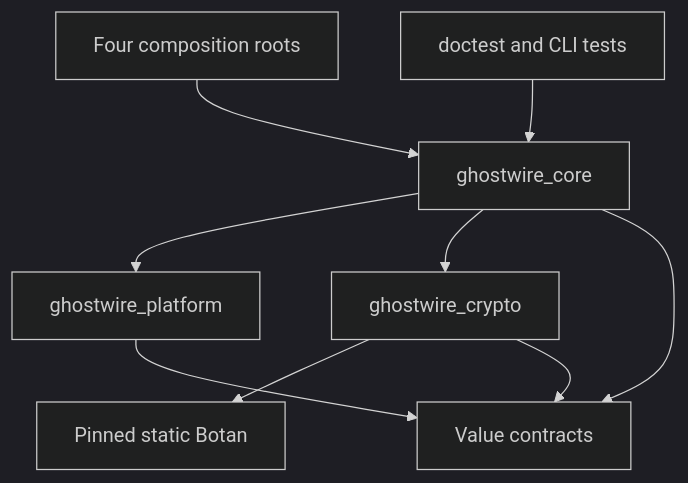
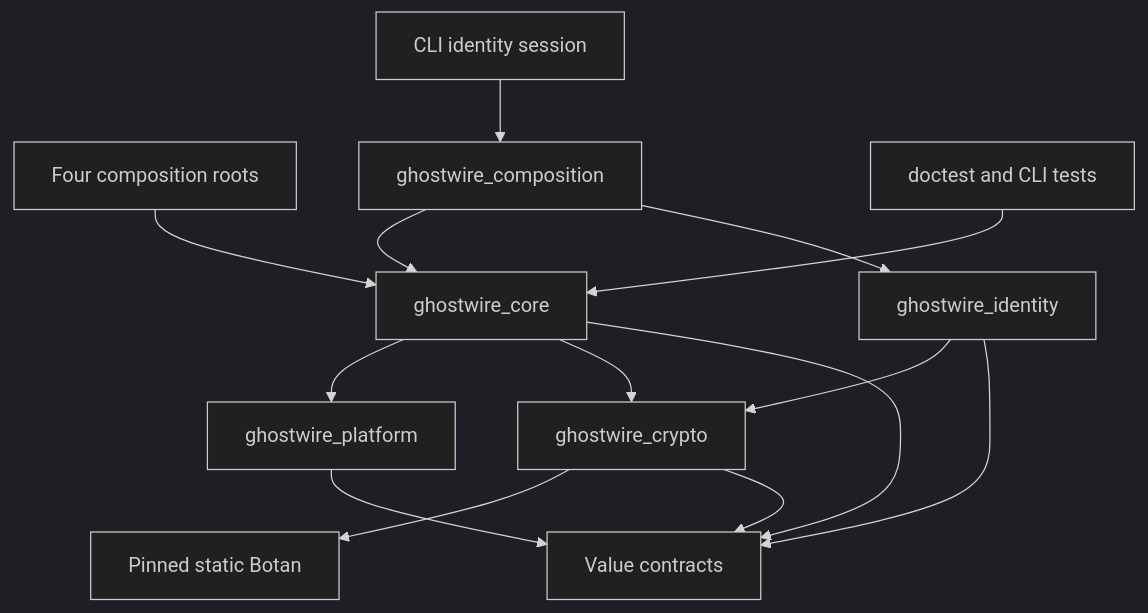
One commit to Johnaconda/GhostWire changed the diagram in docs/architecture/DEPENDENCY_GRAPH.md. Above: the diagram before and after it, drawn with Mermaid (dark theme). The commit also changed other lines of this file and 56 other files, not shown here.

````diff
--- a/docs/architecture/DEPENDENCY_GRAPH.md
+++ b/docs/architecture/DEPENDENCY_GRAPH.md
@@ -9,11 +16,16 @@
 ```mermaid
 flowchart TD
     Apps["Four composition roots"] --> Core["ghostwire_core"]
+    CLI["CLI identity session"] --> Composition["ghostwire_composition"]
+    Composition --> Core
+    Composition --> Identity["ghostwire_identity"]
+    Identity --> Crypto
+    Identity --> Contracts
     Core --> Platform["ghostwire_platform"]
     Core --> Crypto["ghostwire_crypto"]
     Crypto --> Botan["Pinned static Botan"]
     Crypto --> Contracts
     Core --> Contracts["Value contracts"]
     Platform --> Contracts
     Tests["doctest and CLI tests"] --> Core
 ```
````
